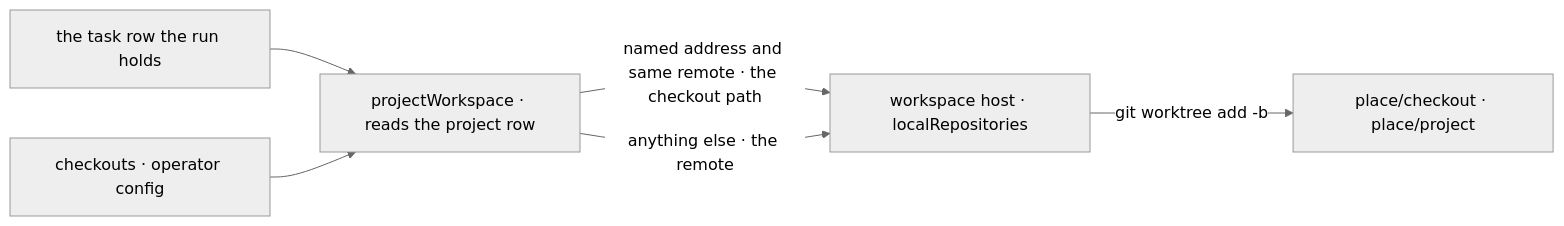
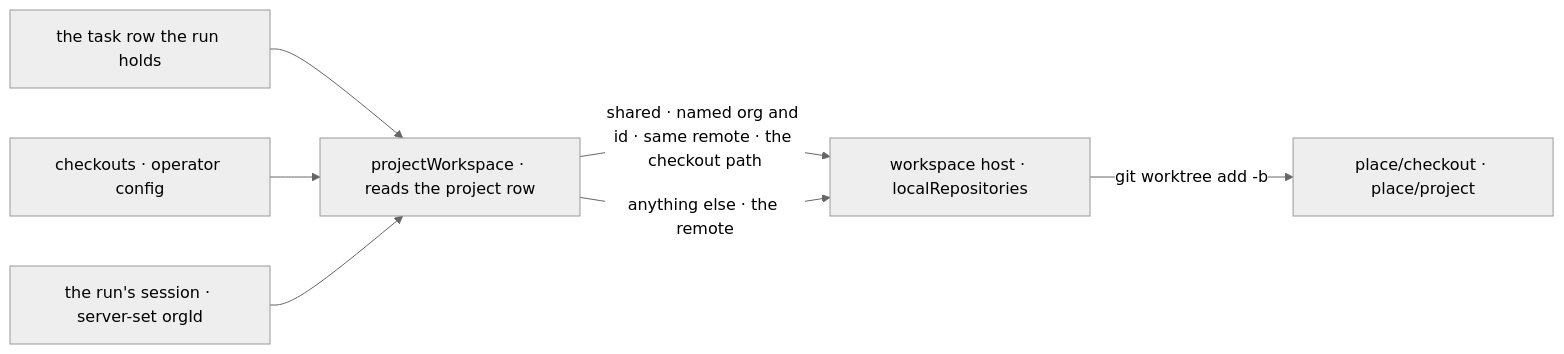
Before and after one commit to fixpoint-labs/flow-state-dev: the second of 2 diagrams in specs/issues/FIX-1906/SPEC.md, drawn with Mermaid (neutral theme). The commit also changed other lines of this file and 9 other files, not shown here.

````diff
--- a/specs/issues/FIX-1906/SPEC.md
+++ b/specs/issues/FIX-1906/SPEC.md
@@ -85,8 +88,9 @@
 ```mermaid
 flowchart LR
   T["the task row the run holds"] --> S["projectWorkspace · reads the project row"]
   M["checkouts · operator config"] --> S
-  S -->|"named address and same remote · the checkout path"| H["workspace host · localRepositories"]
+  O["the run's session · server-set orgId"] --> S
+  S -->|"shared · named org and id · same remote · the checkout path"| H["workspace host · localRepositories"]
   S -->|"anything else · the remote"| H
   H -->|"git worktree add -b"| W["place/checkout · place/project"]
 ```
````
